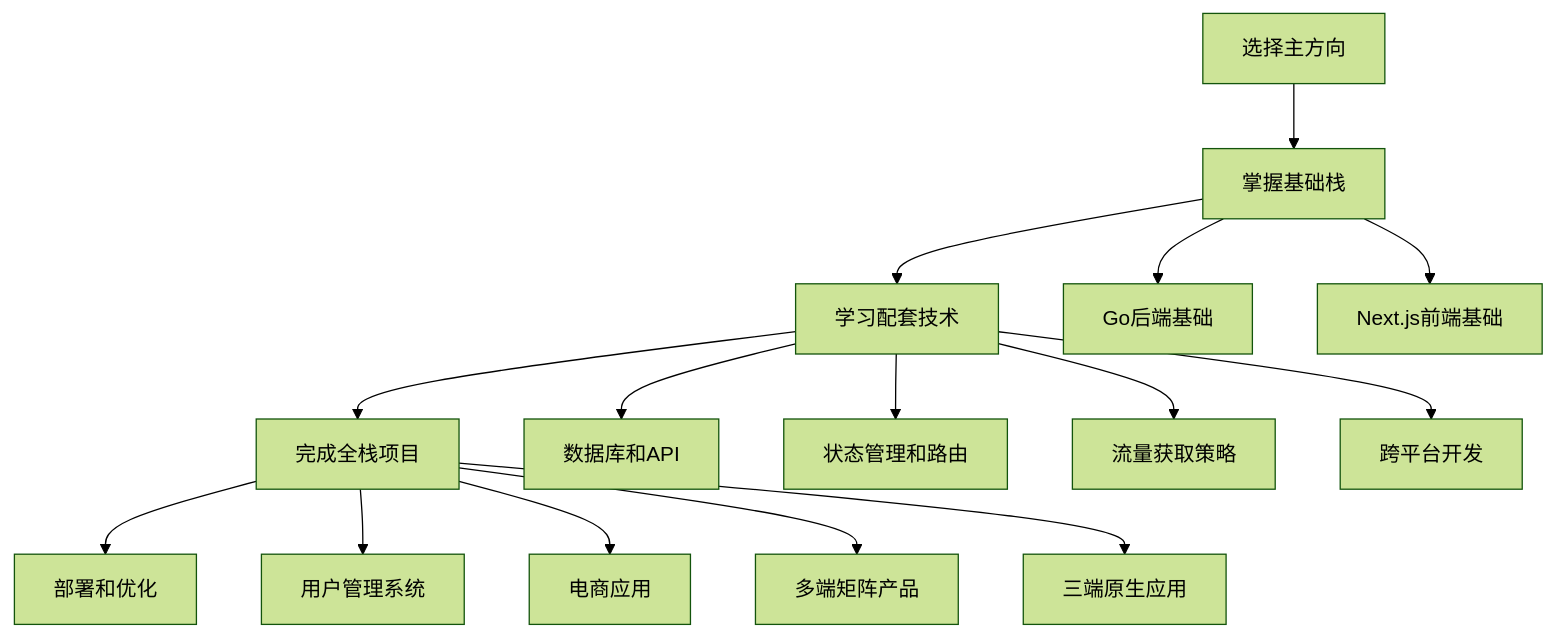
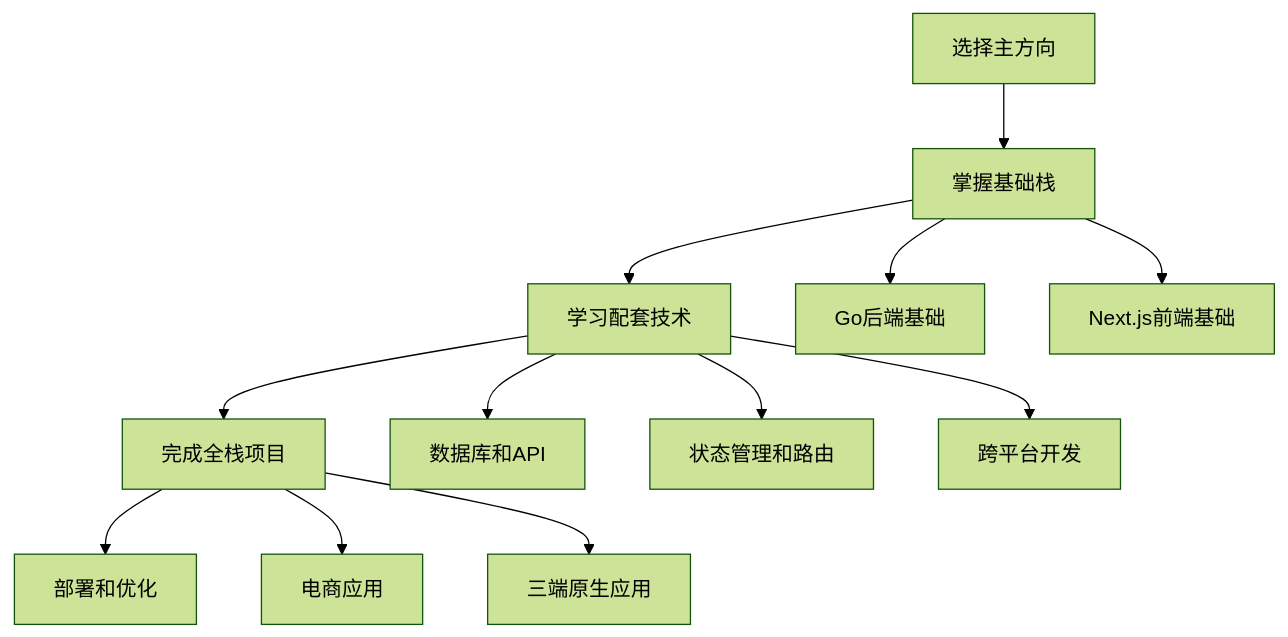
One commit to x-rush/dev-quest changed the fourth of 4 diagrams in shared-resources/tools/document-index.md. Above: the diagram before and after it, drawn with Mermaid (forest theme). The commit also changed other lines of this file and 10 other files, not shown here.

````diff
--- a/shared-resources/tools/document-index.md
+++ b/shared-resources/tools/document-index.md
@@ -349,20 +261,17 @@
 ```mermaid
 graph TD
     A[选择主方向] --> B[掌握基础栈]
     B --> C[学习配套技术]
     C --> D[完成全栈项目]
     D --> E[部署和优化]
 
     B --> B1[Go后端基础]
     B --> B2[Next.js前端基础]
 
     C --> C1[数据库和API]
     C --> C2[状态管理和路由]
-    C --> C3[流量获取策略]
     C --> C4[跨平台开发]
 
-    D --> D1[用户管理系统]
-    D --> D2[电商应用]
-    D --> D3[多端矩阵产品]
+    D --> D1[电商应用]
     D --> D4[三端原生应用]
 ```
````
